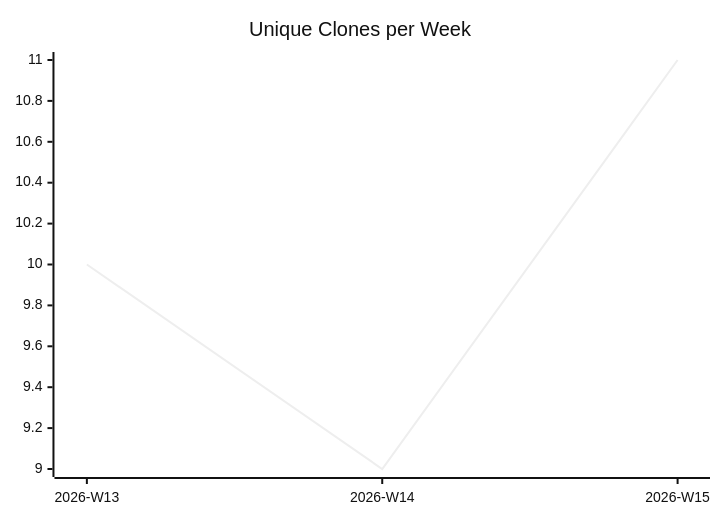
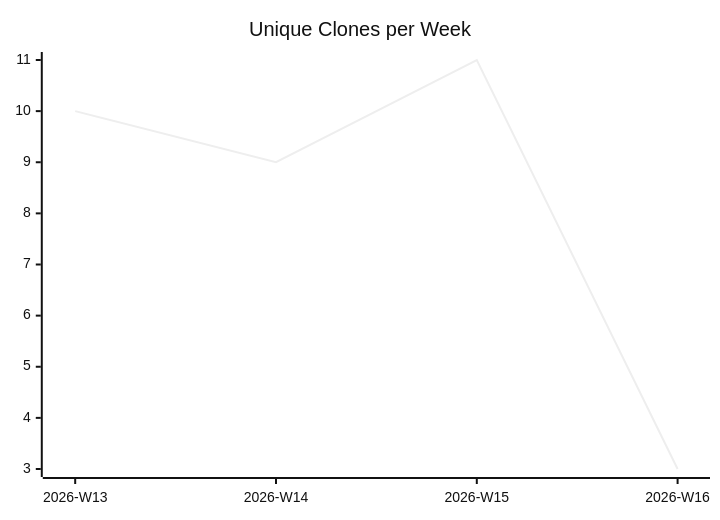
One commit to justdavis-family/github-analytics-data changed the third of 3 diagrams in karlmdavis/usgs-water-api-java/README.md. Above: the diagram before and after it, drawn with Mermaid (neutral theme). The commit also changed other lines of this file and 173 other files, not shown here.

````diff
--- a/karlmdavis/usgs-water-api-java/README.md
+++ b/karlmdavis/usgs-water-api-java/README.md
@@ -19,6 +19,6 @@
 ```mermaid
 xychart-beta
   title "Unique Clones per Week"
-  x-axis ["2026-W13", "2026-W14", "2026-W15"]
-  line [10, 9, 11]
+  x-axis ["2026-W13", "2026-W14", "2026-W15", "2026-W16"]
+  line [10, 9, 11, 3]
 ```
````
